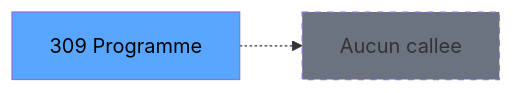
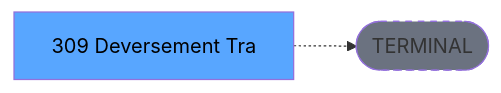
Before and after one commit to thonyAGP/lecteur-magic: the third of 3 diagrams in .openspec/renders/ADH-IDE-309.md, drawn with Mermaid. The commit also changed other lines of this file and 701 other files, not shown here.

````diff
--- a/.openspec/renders/ADH-IDE-309.md
+++ b/.openspec/renders/ADH-IDE-309.md
@@ -155,8 +148,8 @@
 ```mermaid
 graph LR
-    T[309 Programme]
-    NONE[Aucun callee]
-    T -.-> NONE
+    T[309 Deversement Tra]
+    TERM([TERMINAL])
+    T -.-> TERM
+    style TERM fill:#6b7280,stroke-dasharray: 5 5
     style T fill:#58a6ff,color:#000
-    style NONE fill:#6b7280,stroke-dasharray: 5 5
 ```
````
